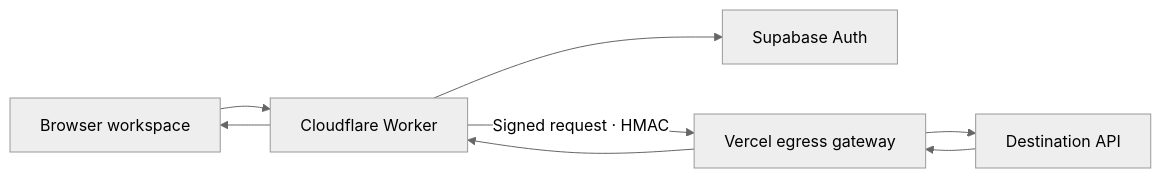
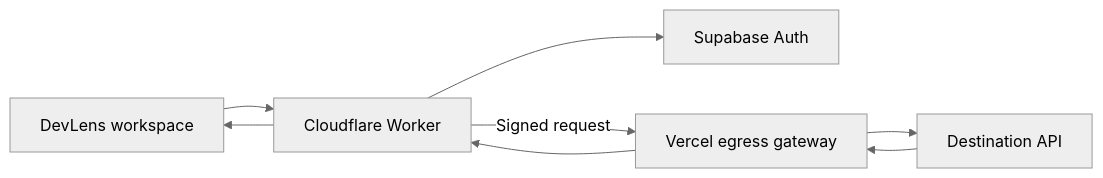
One commit to theemeraldesign/devlens changed the diagram in README.md. Above: the diagram before and after it, drawn with Mermaid (neutral theme). The commit also changed other lines of this file, not shown here.

````diff
--- a/README.md
+++ b/README.md
@@ -97,10 +104,10 @@
 ```mermaid
 flowchart LR
-    A[Browser workspace] --> B[Cloudflare Worker]
+    A[DevLens workspace] --> B[Cloudflare Worker]
     B --> C[Supabase Auth]
-    B -->|Signed request · HMAC| D[Vercel egress gateway]
+    B -->|Signed request| D[Vercel egress gateway]
     D --> E[Destination API]
     E --> D
     D --> B
     B --> A
 ```
````
